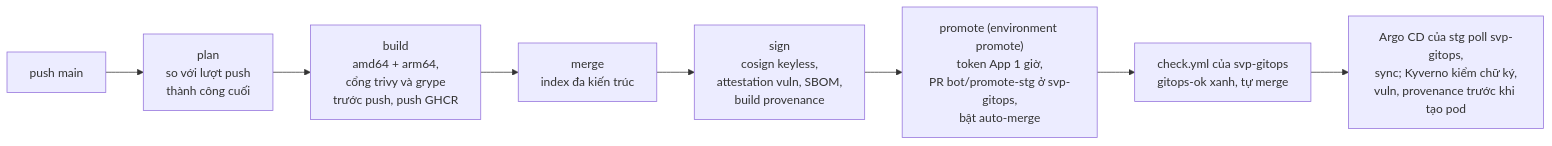
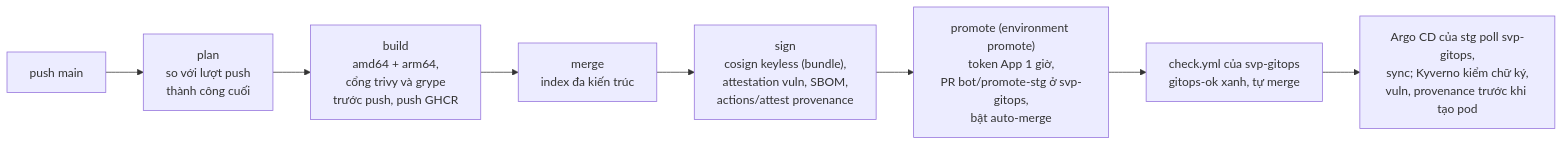
The second of 5 diagrams in docs/ci-cd.md (anhnvcoder/svp-backend), drawn with Mermaid before and after one commit. The commit also changed other lines of this file and 28 other files, not shown here.

First line of the commit message:
feat(ci): chữ ký, vuln, SBOM ở Sigstore bundle, provenance bằng actions/attest (ADR-0040)

````diff
--- a/docs/ci-cd.md
+++ b/docs/ci-cd.md
@@ -69,12 +69,12 @@
 ```mermaid
 flowchart LR
     push["push main"]
     plan["plan<br/>so với lượt push<br/>thành công cuối"]
     build["build<br/>amd64 + arm64,<br/>cổng trivy và grype<br/>trước push, push GHCR"]
     merge["merge<br/>index đa kiến trúc"]
-    sign["sign<br/>cosign keyless,<br/>attestation vuln, SBOM,<br/>build provenance"]
+    sign["sign<br/>cosign keyless (bundle),<br/>attestation vuln, SBOM,<br/>actions/attest provenance"]
     promote["promote (environment promote)<br/>token App 1 giờ,<br/>PR bot/promote-stg ở svp-gitops,<br/>bật auto-merge"]
     review["check.yml của svp-gitops<br/>gitops-ok xanh, tự merge"]
     argo["Argo CD của stg poll svp-gitops,<br/>sync; Kyverno kiểm chữ ký,<br/>vuln, provenance trước khi tạo pod"]
     push --> plan --> build --> merge --> sign --> promote --> review --> argo
 ```
````
